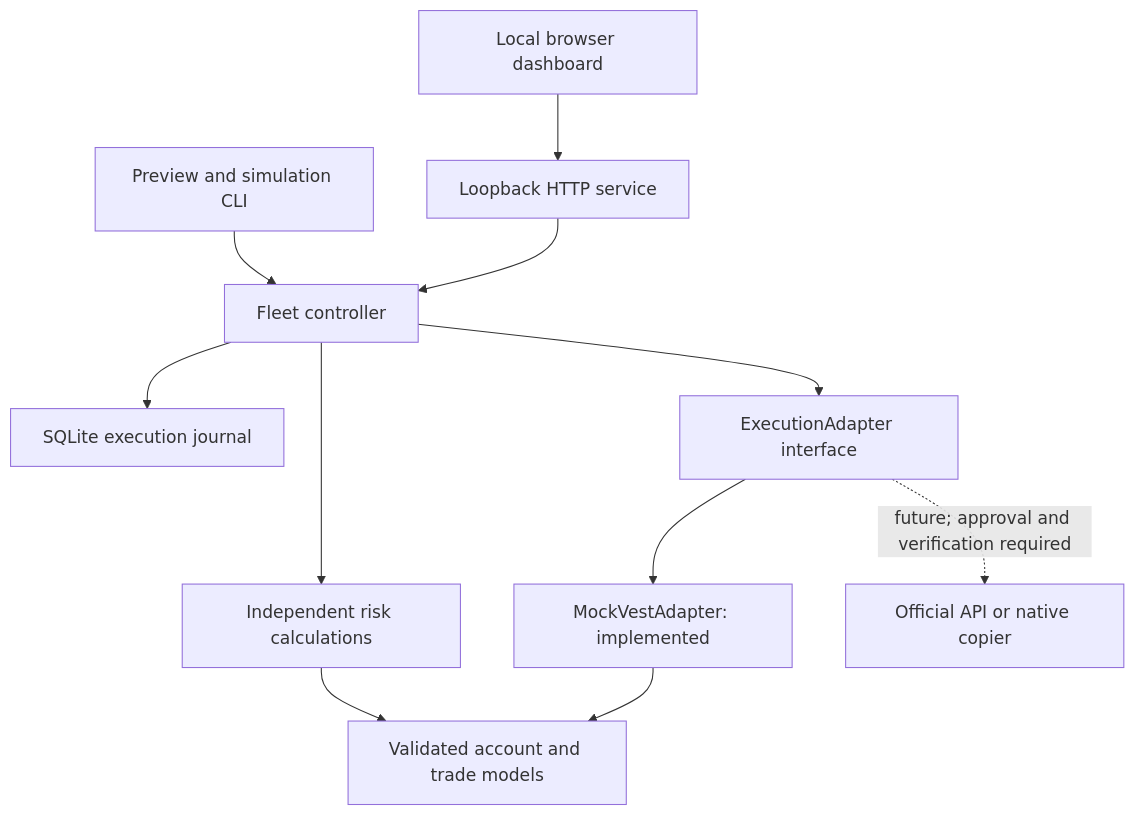
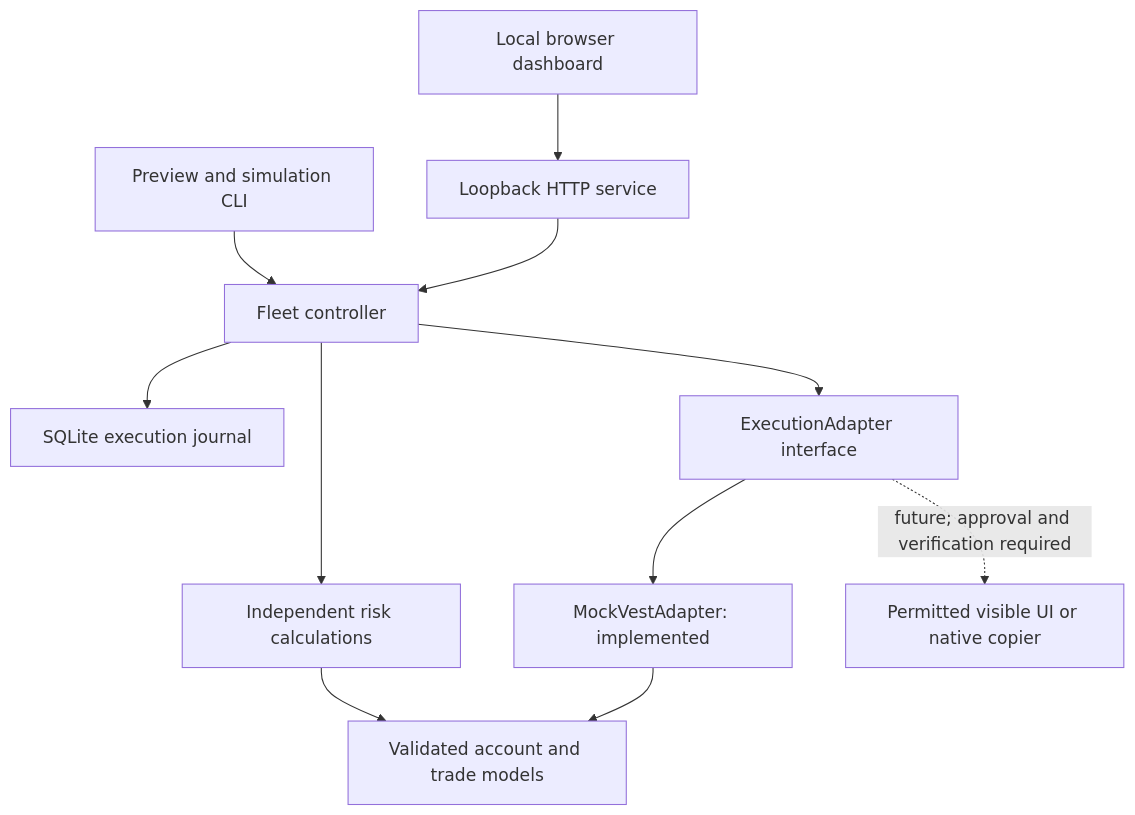
Before and after one commit to Mahdi451/vest-fleet-controller: the first of 2 diagrams in DEVELOPMENT.md, drawn with Mermaid. The commit also changed other lines of this file and 17 other files, not shown here.

````diff
--- a/DEVELOPMENT.md
+++ b/DEVELOPMENT.md
@@ -64,13 +67,13 @@
 ```mermaid
 flowchart TD
     CLI["Preview and simulation CLI"] --> Controller["Fleet controller"]
     Browser["Local browser dashboard"] --> Server["Loopback HTTP service"]
     Server --> Controller
     Controller --> Risk["Independent risk calculations"]
     Risk --> Core["Validated account and trade models"]
     Controller --> Journal["SQLite execution journal"]
     Controller --> Adapter["ExecutionAdapter interface"]
     Adapter --> Mock["MockVestAdapter: implemented"]
-    Adapter -. "future; approval and verification required" .-> Live["Official API or native copier"]
+    Adapter -. "future; approval and verification required" .-> Live["Permitted visible UI or native copier"]
     Mock --> Core
 ```
````
